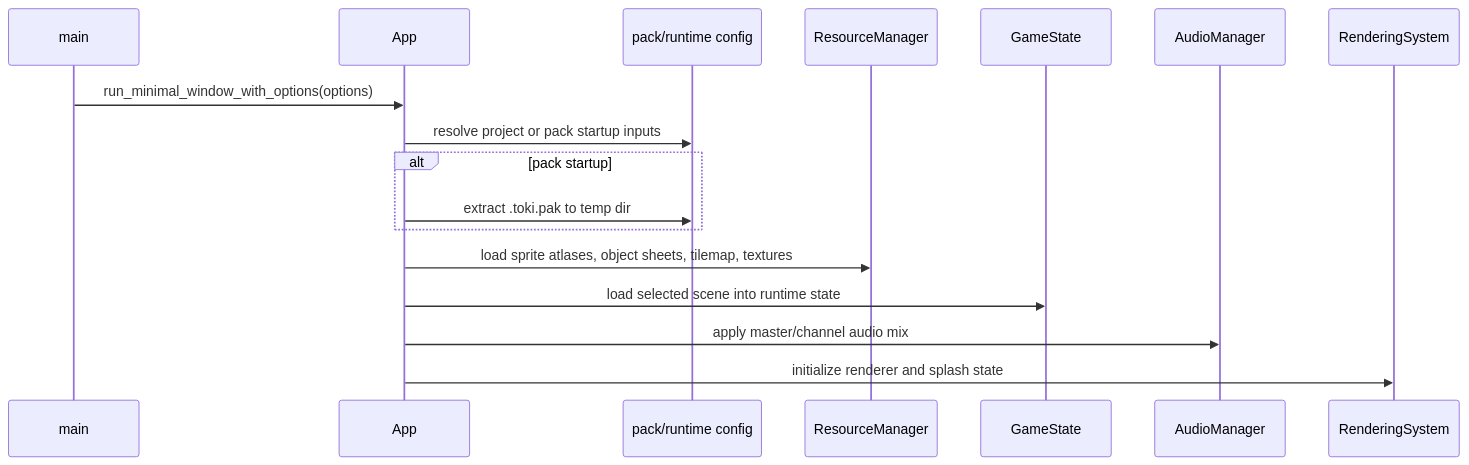
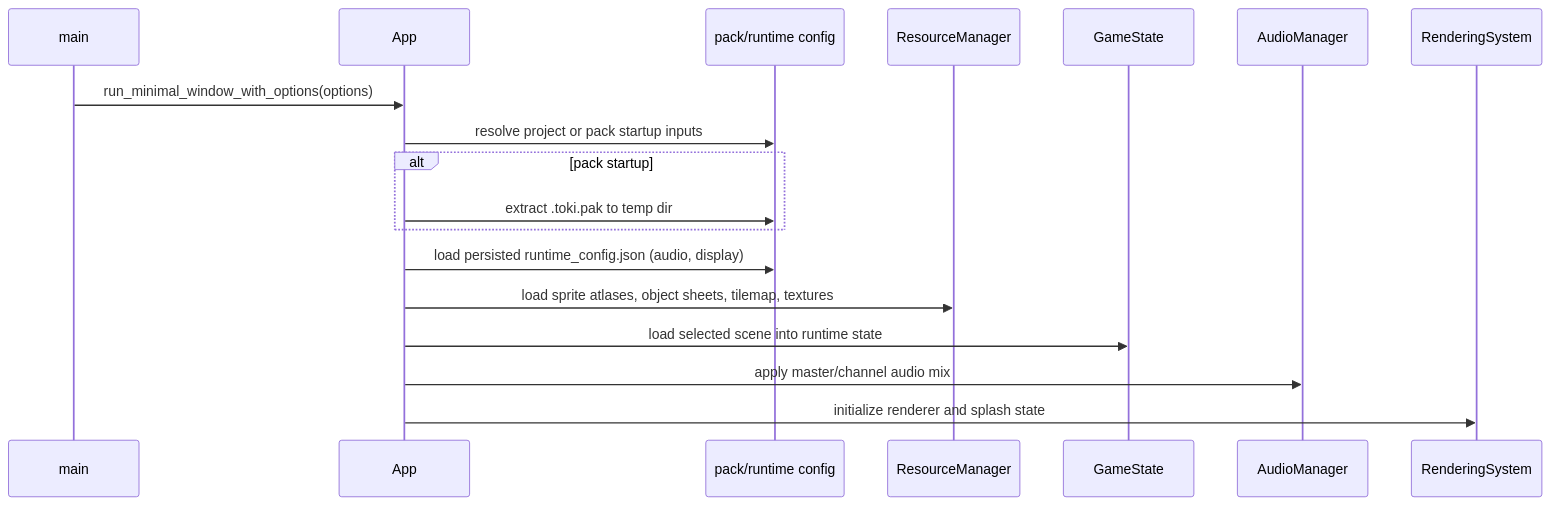
The sixth of 14 diagrams in docs/SDD_SAD.md (daredem0/ToKi), drawn with Mermaid before and after one commit. The commit also changed other lines of this file, not shown here.

````diff
--- a/docs/SDD_SAD.md
+++ b/docs/SDD_SAD.md
@@ -756,20 +967,21 @@
 ```mermaid
 sequenceDiagram
     participant M as main
     participant A as App
     participant P as pack/runtime config
     participant R as ResourceManager
     participant G as GameState
     participant AU as AudioManager
     participant RS as RenderingSystem
 
     M->>A: run_minimal_window_with_options(options)
     A->>P: resolve project or pack startup inputs
     alt pack startup
         A->>P: extract .toki.pak to temp dir
     end
+    A->>P: load persisted runtime_config.json (audio, display)
     A->>R: load sprite atlases, object sheets, tilemap, textures
     A->>G: load selected scene into runtime state
     A->>AU: apply master/channel audio mix
     A->>RS: initialize renderer and splash state
 ```
````
